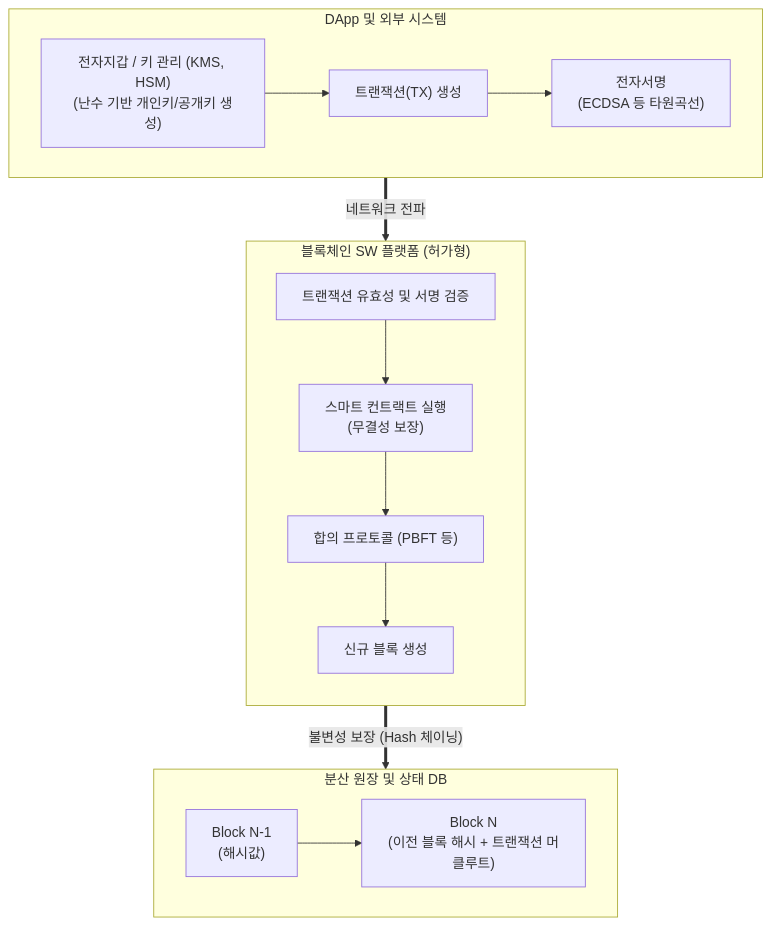
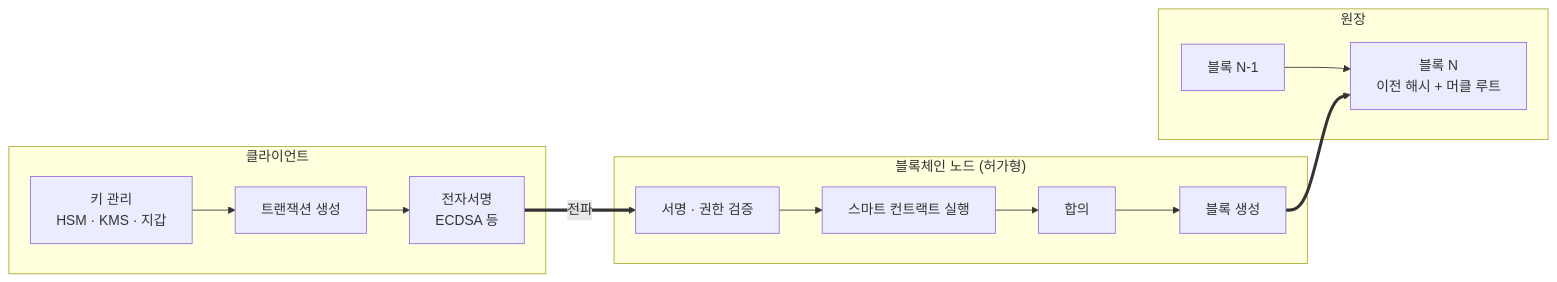
Before and after one commit to supremethumb/supremethumb.github.io: the diagram in content/01_IT Tech/블록체인 암호기술 가이드라인.md, drawn with Mermaid. The commit also changed other lines of this file and 1087 other files, not shown here.

````diff
--- a/content/01_IT Tech/블록체인 암호기술 가이드라인.md
+++ b/content/01_IT Tech/블록체인 암호기술 가이드라인.md
@@ -29,29 +33,14 @@
 ```mermaid
-flowchart TB
-    subgraph Client_App ["DApp 및 외부 시스템"]
-        direction LR
-        Wallet["전자지갑 / 키 관리 (KMS, HSM)<br/>(난수 기반 개인키/공개키 생성)"]
-        CreateTX["트랜잭션(TX) 생성"]
-        Sign["전자서명<br/>(ECDSA 등 타원곡선)"]
-        Wallet --> CreateTX --> Sign
+flowchart LR
+    subgraph CL["클라이언트"]
+        W["키 관리<br/>HSM · KMS · 지갑"] --> TX["트랜잭션 생성"] --> SG["전자서명<br/>ECDSA 등"]
     end
-
-    subgraph Blockchain_Node ["블록체인 SW 플랫폼 (허가형)"]
-        direction TB
-        Verify["트랜잭션 유효성 및 서명 검증"]
-        SC["스마트 컨트랙트 실행<br/>(무결성 보장)"]
-        Consensus["합의 프로토콜 (PBFT 등)"]
-        BlockGen["신규 블록 생성"]
-        
-        Verify --> SC --> Consensus --> BlockGen
+    subgraph ND["블록체인 노드 (허가형)"]
+        V["서명 · 권한 검증"] --> SC["스마트 컨트랙트 실행"] --> CS["합의"] --> BG["블록 생성"]
     end
-
-    subgraph Ledger ["분산 원장 및 상태 DB"]
-        direction LR
-        Block1["Block N-1<br/>(해시값)"] --> Block2["Block N<br/>(이전 블록 해시 + 트랜잭션 머클루트)"]
+    subgraph LG["원장"]
+        B1["블록 N-1"] --> B2["블록 N<br/>이전 해시 + 머클 루트"]
     end
-
-    Sign == "네트워크 전파" ==> Verify
-    BlockGen == "불변성 보장 (Hash 체이닝)" ==> Block2
-
+    SG ==>|"전파"| V
+    BG ==> B2
 ```
````
